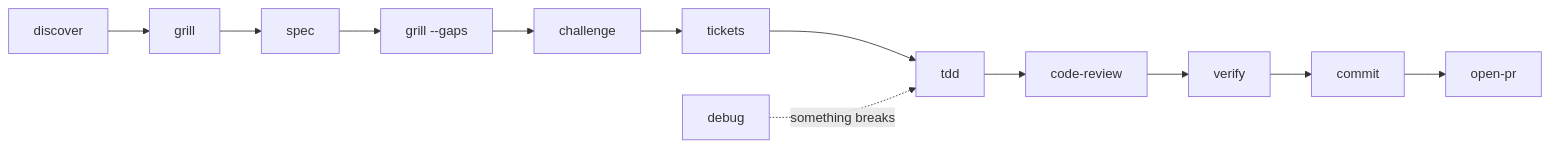
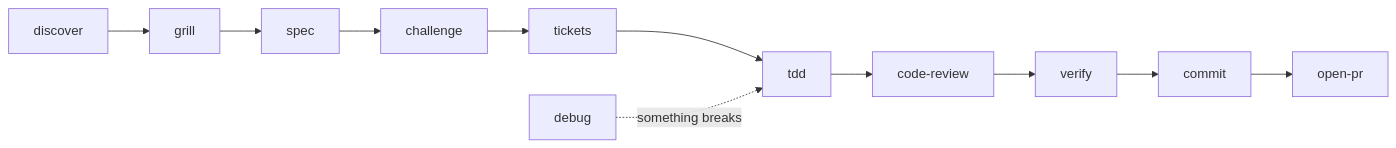
The diagram in README.md (HugoLopes45/hl-skills), drawn with Mermaid before and after one commit. The commit also changed other lines of this file, not shown here.

````diff
--- a/README.md
+++ b/README.md
@@ -88,5 +147,5 @@
 ```mermaid
 flowchart LR
-  discover --> grill --> spec --> gaps["grill --gaps"] --> challenge --> tickets --> tdd --> review["code-review"] --> verify --> commit --> pr["open-pr"]
+  discover --> grill --> spec --> challenge --> tickets --> tdd --> review["code-review"] --> verify --> commit --> pr["open-pr"]
   debug -. "something breaks" .-> tdd
 ```
````
